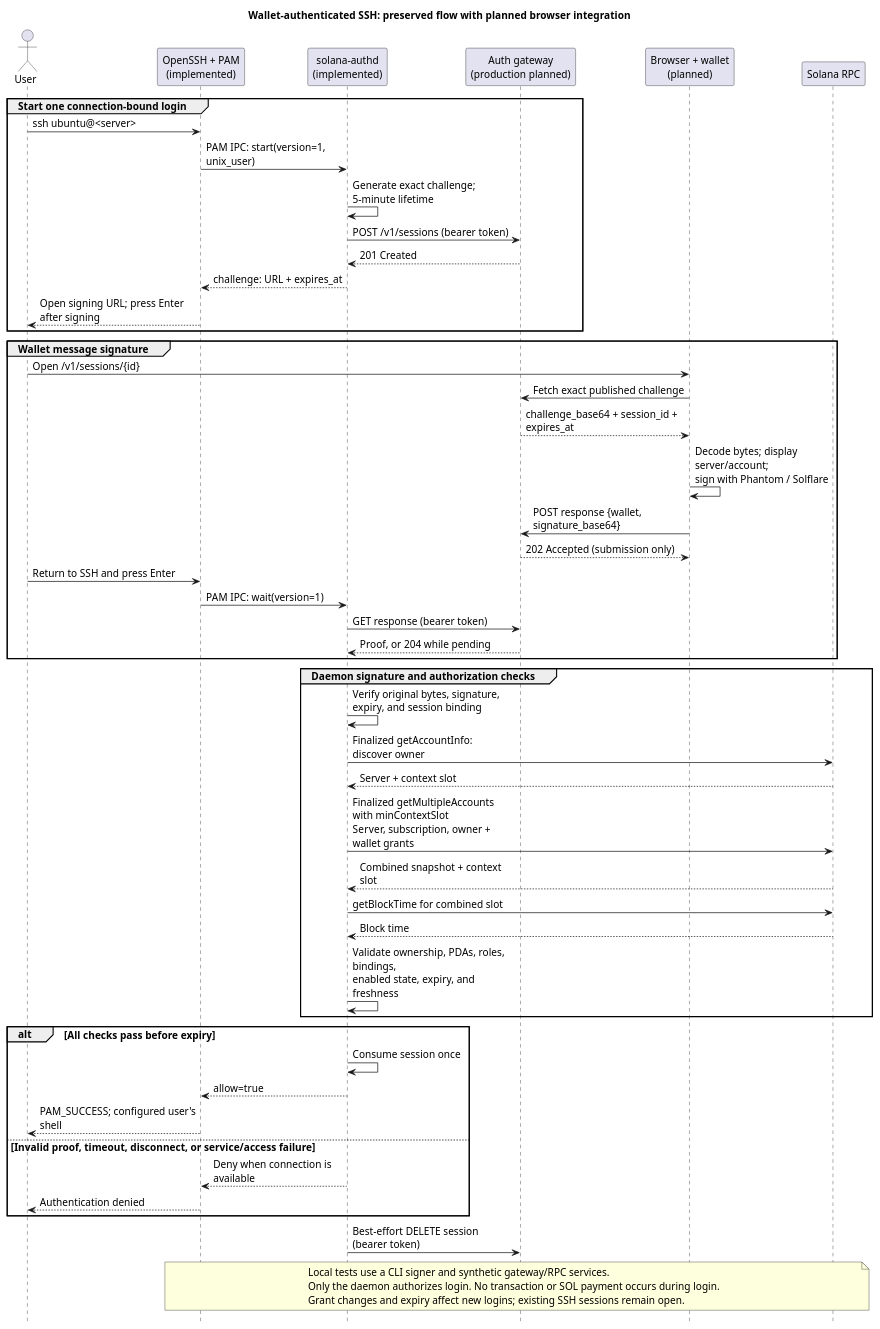
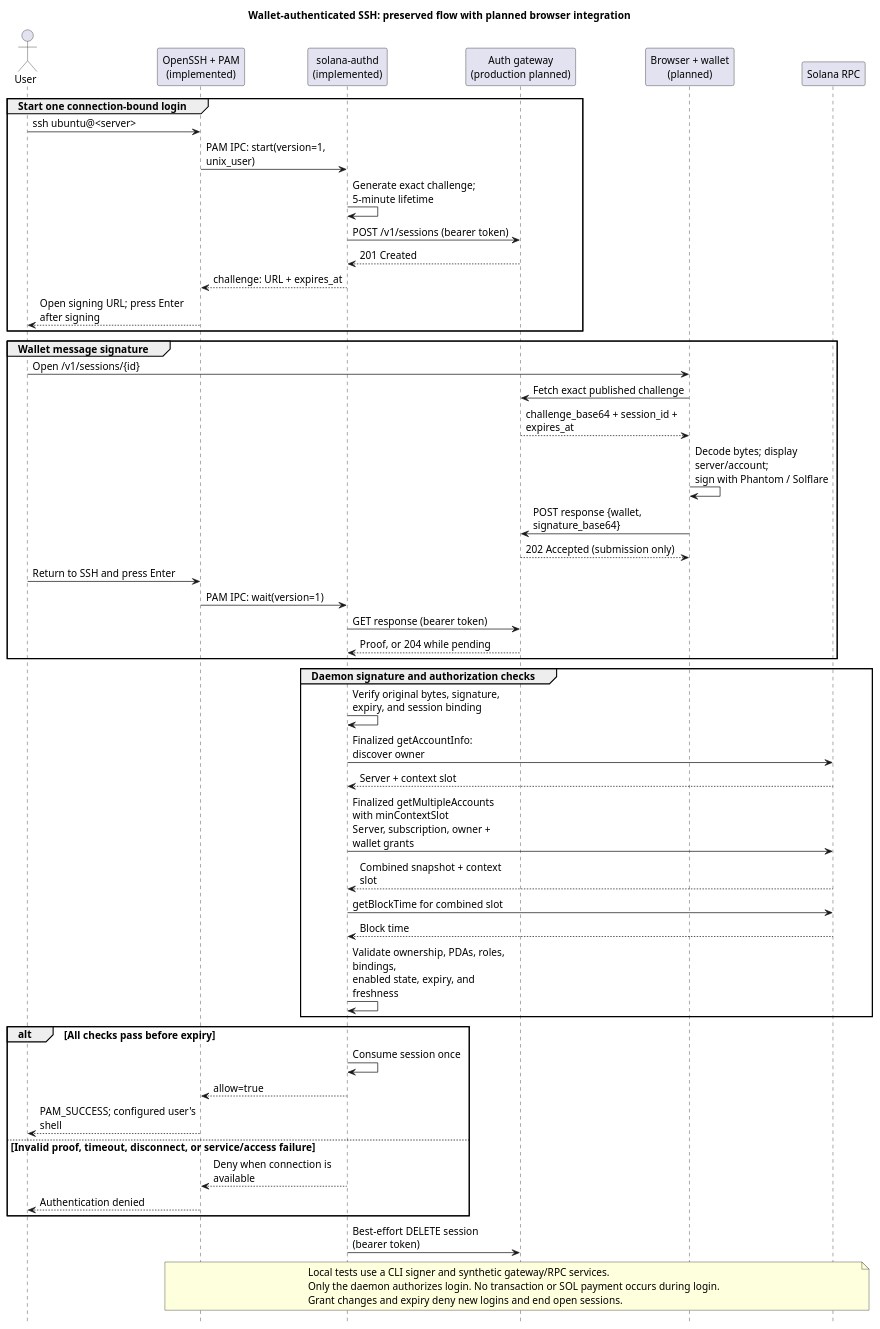
One commit to Tarat0r/solana-vps-platform changed the diagram in docs/diagrams/ssh-login.puml. Above: the diagram before and after it, drawn with PlantUML. The commit also changed 13 other files, not shown here.

First line of the commit message:
feat(ssh): end open wallet logins when their access ends

```diff
--- a/docs/diagrams/ssh-login.puml
+++ b/docs/diagrams/ssh-login.puml
@@ -1,65 +1,65 @@
 @startuml
 title Wallet-authenticated SSH: preserved flow with planned browser integration
 skinparam defaultFontName SansSerif
 skinparam defaultFontSize 14
 skinparam responseMessageBelowArrow true
 skinparam maxMessageSize 220
 hide footbox
 
 actor User
 participant "OpenSSH + PAM\n(implemented)" as SSH
 participant "solana-authd\n(implemented)" as AuthD
 participant "Auth gateway\n(production planned)" as Gateway
 participant "Browser + wallet\n(planned)" as Wallet
 participant "Solana RPC" as RPC
 
 group Start one connection-bound login
   User -> SSH : ssh ubuntu@<server>
   SSH -> AuthD : PAM IPC: start(version=1, unix_user)
   AuthD -> AuthD : Generate exact challenge; 5-minute lifetime
   AuthD -> Gateway : POST /v1/sessions (bearer token)
   Gateway --> AuthD : 201 Created
   AuthD --> SSH : challenge: URL + expires_at
   SSH --> User : Open signing URL; press Enter after signing
 end
 
 group Wallet message signature
   User -> Wallet : Open /v1/sessions/{id}
   Wallet -> Gateway : Fetch exact published challenge
   Gateway --> Wallet : challenge_base64 + session_id + expires_at
   Wallet -> Wallet : Decode bytes; display server/account;\nsign with Phantom / Solflare
   Wallet -> Gateway : POST response {wallet, signature_base64}
   Gateway --> Wallet : 202 Accepted (submission only)
   User -> SSH : Return to SSH and press Enter
   SSH -> AuthD : PAM IPC: wait(version=1)
   AuthD -> Gateway : GET response (bearer token)
   Gateway --> AuthD : Proof, or 204 while pending
 end
 
 group Daemon signature and authorization checks
   AuthD -> AuthD : Verify original bytes, signature,\nexpiry, and session binding
   AuthD -> RPC : Finalized getAccountInfo: discover owner
   RPC --> AuthD : Server + context slot
   AuthD -> RPC : Finalized getMultipleAccounts with minContextSlot\nServer, subscription, owner + wallet grants
   RPC --> AuthD : Combined snapshot + context slot
   AuthD -> RPC : getBlockTime for combined slot
   RPC --> AuthD : Block time
   AuthD -> AuthD : Validate ownership, PDAs, roles, bindings,\nenabled state, expiry, and freshness
 end
 
 alt All checks pass before expiry
   AuthD -> AuthD : Consume session once
   AuthD --> SSH : allow=true
   SSH --> User : PAM_SUCCESS; configured user's shell
 else Invalid proof, timeout, disconnect, or service/access failure
   AuthD --> SSH : Deny when connection is available
   SSH --> User : Authentication denied
 end
 AuthD -> Gateway : Best-effort DELETE session (bearer token)
 
 note over SSH, RPC
   Local tests use a CLI signer and synthetic gateway/RPC services.
   Only the daemon authorizes login. No transaction or SOL payment occurs during login.
-  Grant changes and expiry affect new logins; existing SSH sessions remain open.
+  Grant changes and expiry deny new logins and end open sessions.
 end note
 @enduml
```
